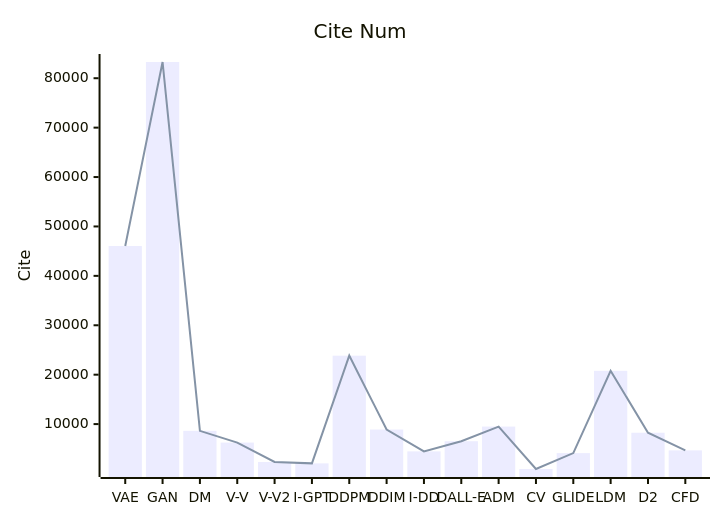
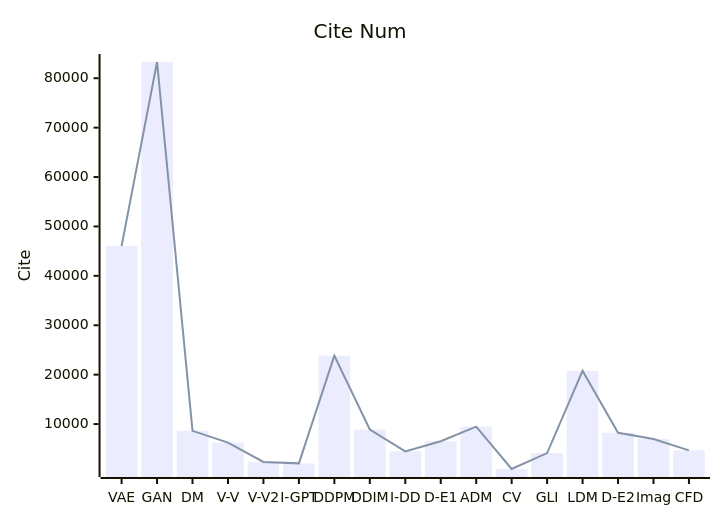
One commit to Elephant-King9/Paper changed the fifth of 5 diagrams in Base_Model/GAN+VAE+Diffusion/analyse.md. Above: the diagram before and after it, drawn with Mermaid. The commit also changed other lines of this file and 2 other files, not shown here.

````diff
--- a/Base_Model/GAN+VAE+Diffusion/analyse.md
+++ b/Base_Model/GAN+VAE+Diffusion/analyse.md
@@ -147,8 +155,8 @@
 ```mermaid
     xychart-beta
     title "Cite Num"
-    x-axis [VAE,GAN,DM,V-V,V-V2,I-GPT,DDPM,DDIM,I-DD,DALL-E,ADM, CV,GLIDE,LDM,D2,CFD]
+    x-axis [VAE,GAN,DM,V-V,V-V2,I-GPT,DDPM,DDIM,I-DD,D-E1,ADM, CV,GLI,LDM,D-E2,Imag,CFD]
     y-axis "Cite" 
-    bar [46034, 83283, 8634,6258, 2329, 2050, 23847, 8896,4481,6536, 9492, 911,4128,20780, 8252,4679]
-    line [46034, 83283, 8634,6258, 2329, 2050, 23847, 8896,4481,6536, 9492, 911,4128,20780, 8252,4679]
+    bar [46034, 83283, 8634,6258, 2329, 2050, 23847, 8896,4481,6536, 9492, 911,4128,20780, 8252,6983,4679]
+    line [46034, 83283, 8634,6258, 2329, 2050, 23847, 8896,4481,6536, 9492, 911,4128,20780, 8252,6983,4679]
 ```
````
